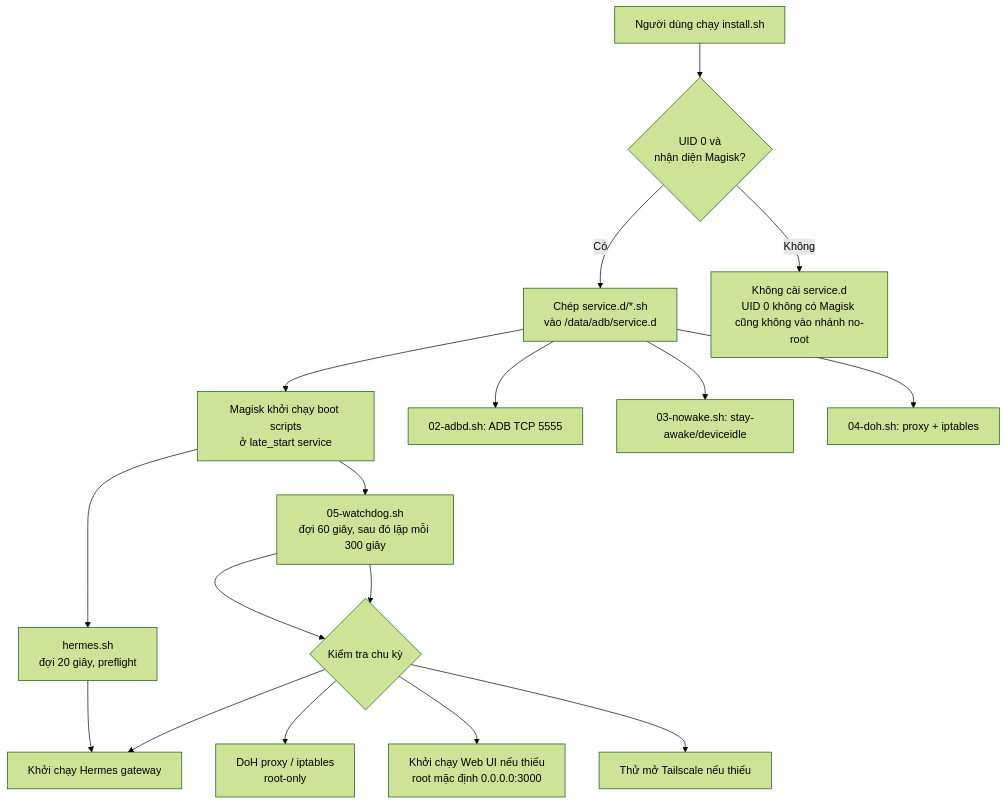
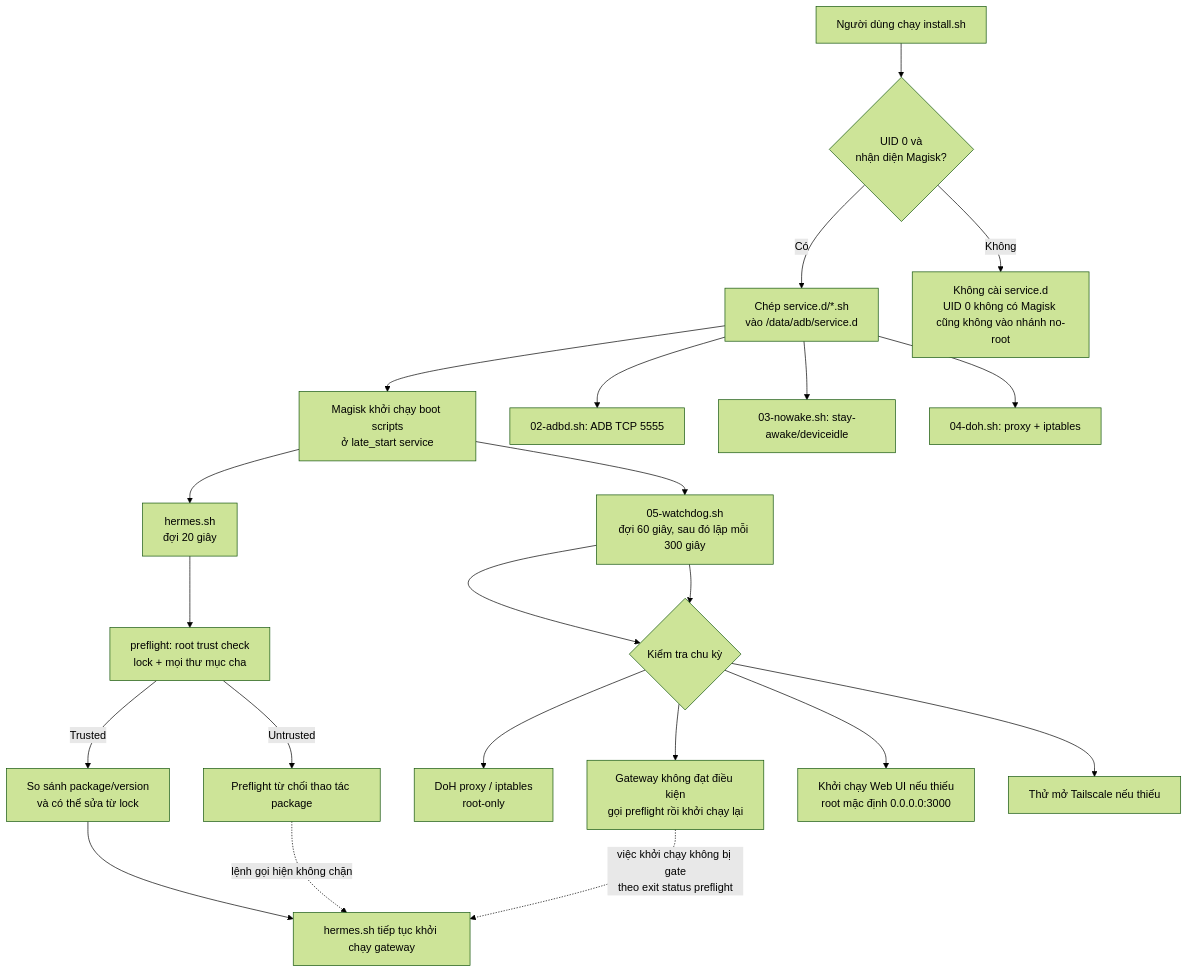
Before and after one commit to shiba-108/hermes-android: the second of 2 diagrams in docs/ARCHITECTURE.md, drawn with Mermaid (forest theme). The commit also changed other lines of this file, not shown here.

Commit message:
docs: update architecture for 5622132

````diff
--- a/docs/ARCHITECTURE.md
+++ b/docs/ARCHITECTURE.md
@@ -83,19 +96,24 @@
 ```mermaid
 flowchart TD
   U[Người dùng chạy install.sh] --> C{UID 0 và<br/>nhận diện Magisk?}
   C -->|Có| I[Chép service.d/*.sh<br/>vào /data/adb/service.d]
   I --> B[Magisk khởi chạy boot scripts<br/>ở late_start service]
-  B --> H[hermes.sh<br/>đợi 20 giây, preflight]
-  H --> G[Khởi chạy Hermes gateway]
+  B --> H[hermes.sh<br/>đợi 20 giây]
+  H --> PF[preflight: root trust check<br/>lock + mọi thư mục cha]
+  PF -->|Trusted| PKG[So sánh package/version<br/>và có thể sửa từ lock]
+  PF -->|Untrusted| NO[Preflight từ chối thao tác package]
+  PKG --> G[hermes.sh tiếp tục khởi chạy gateway]
+  NO -. lệnh gọi hiện không chặn .-> G
   B --> W[05-watchdog.sh<br/>đợi 60 giây, sau đó lặp mỗi 300 giây]
   W --> Q{Kiểm tra chu kỳ}
   Q --> D[DoH proxy / iptables<br/>root-only]
-  Q --> G
+  Q --> R[Gateway không đạt điều kiện<br/>gọi preflight rồi khởi chạy lại]
+  R -. việc khởi chạy không bị gate<br/>theo exit status preflight .-> G
   Q --> UI[Khởi chạy Web UI nếu thiếu<br/>root mặc định 0.0.0.0:3000]
   Q --> TS[Thử mở Tailscale nếu thiếu]
   W --> Q
   I --> A[02-adbd.sh: ADB TCP 5555]
   I --> N[03-nowake.sh: stay-awake/deviceidle]
   I --> P[04-doh.sh: proxy + iptables]
   C -->|Không| NR[Không cài service.d<br/>UID 0 không có Magisk cũng không vào nhánh no-root]
 ```
````
